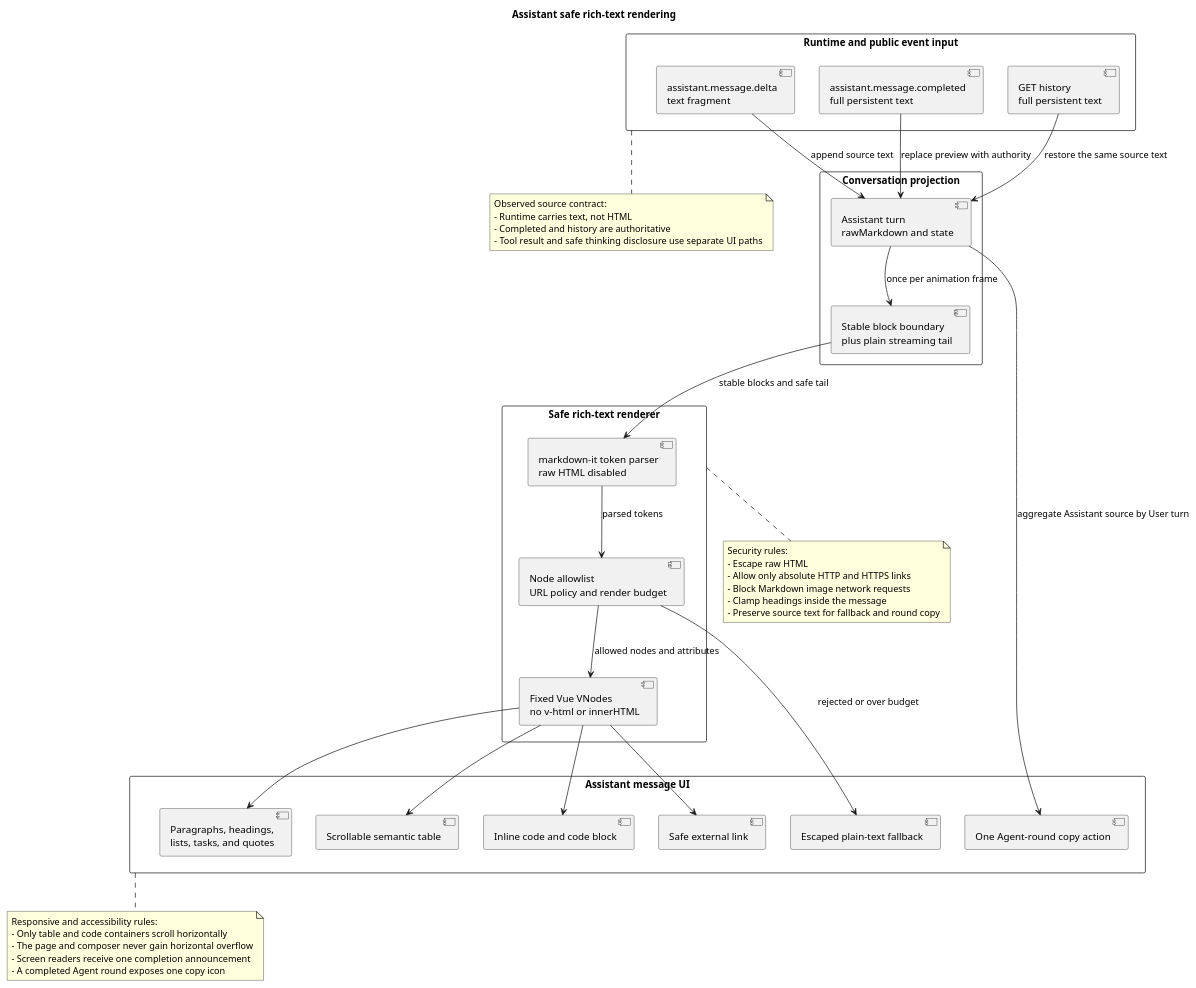
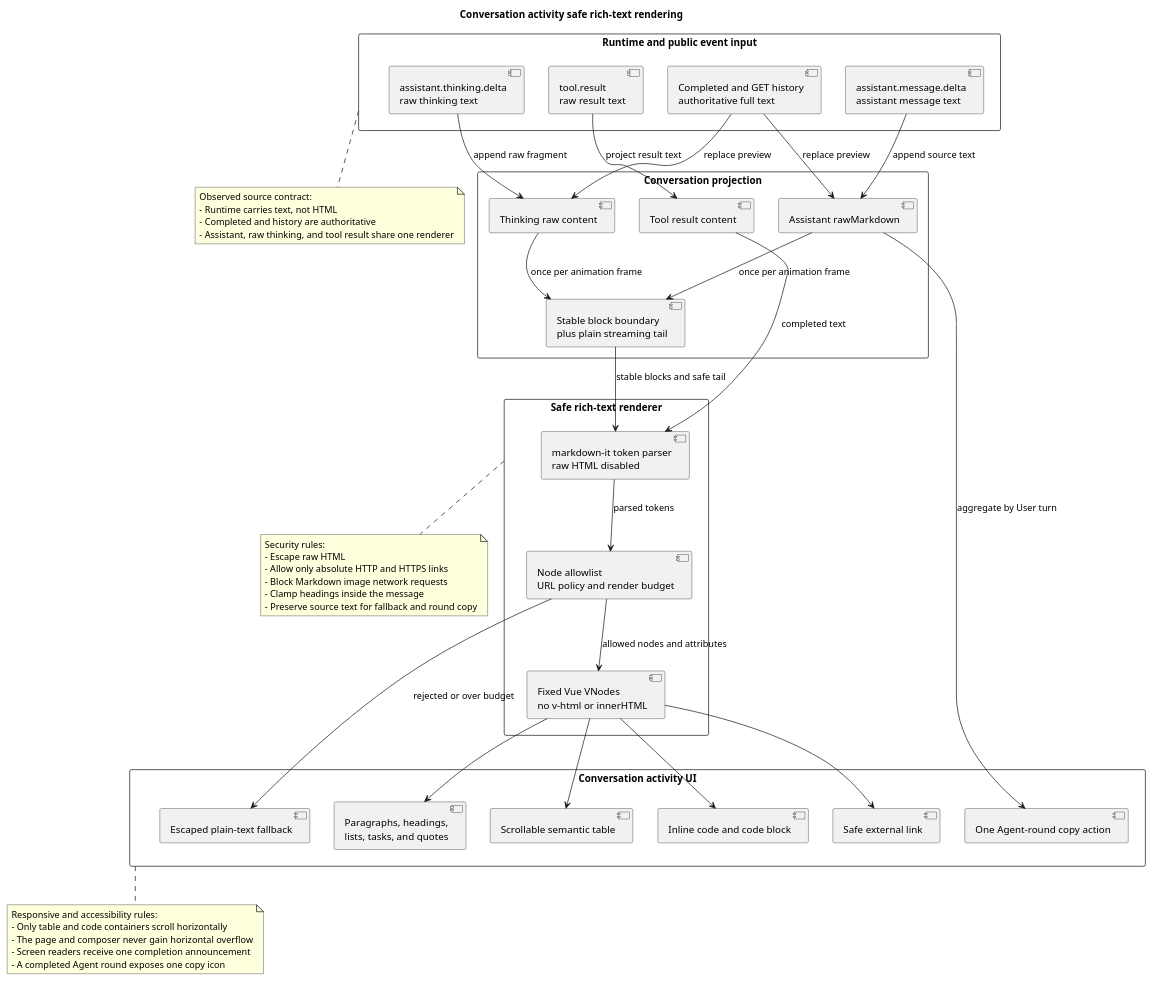
Before and after one commit to 2862282695gjh-afk/pi-mono-java: the second of 3 diagrams in docs/designs/campusclaw-frontend/diagram.puml, drawn with PlantUML. The commit also changed other lines of this file and 27 other files, not shown here.

```diff
--- a/docs/designs/campusclaw-frontend/diagram.puml
+++ b/docs/designs/campusclaw-frontend/diagram.puml
@@ -70,81 +70,88 @@
 @startuml assistant_rich_text_rendering
-' Analyzed source baseline: origin/main 1813c601101660a401e5e2004c5c00b8e3d7b75b.
+' Analyzed source baseline: PR 179 commit 8c5f3462d745ec0c5146d55dcb62108ac2a33282.
 ' Baseline evidence: frontend/src/components/ConversationTimeline.vue lines 37-49 used plain text interpolation.
 ' Baseline evidence: frontend/src/projectors/runtimeEventProjector.ts projectAssistantEvent preserved delta and completed text.
-' Implemented source: frontend/src/markdown/richText.ts (parseAssistantMarkdown, safeExternalLink, splitStableMarkdown).
-' Implemented source: frontend/src/components/AssistantRichText.ts (AssistantRichText, renderNode, renderCodeBlock).
+' Implemented source: frontend/src/markdown/richText.ts (parseSafeMarkdown, safeExternalLink, splitStableMarkdown).
+' Implemented source: frontend/src/components/SafeRichText.ts (SafeRichText, renderNode, renderCodeBlock).
 ' Implemented source: frontend/src/projectors/conversationRounds.ts (groupConversationTurns) and frontend/src/components/AgentRound.vue.
-' Implemented source: frontend/src/components/ConversationTimeline.vue and frontend/src/style.css assistant-rich-text and round-action rules.
-' Observed behavior: Runtime transports text rather than HTML, and completed events plus history are authoritative.
-' Architecture change: the Assistant turn now keeps rawMarkdown and all preview, completion, and history paths use one renderer.
+' Implemented source: frontend/src/components/ThinkingDisclosure.vue, ToolActivity.vue, ConversationTimeline.vue, and frontend/src/style.css safe-rich-text and round-action rules.
+' Observed behavior: Runtime transports Assistant, thinking, and tool-result text rather than HTML, and completed events plus history are authoritative.
+' Architecture change: Assistant, thinking, and tool-result text use one safe renderer; thinking delta is replaced by completed authoritative content.
 ' Security hardening: raw HTML, remote Markdown images, relative routes, credential-bearing URLs, and dangerous schemes never become active DOM.
 ' Architecture change: copy actions are owned by an Agent round rather than an Assistant Entry or code block.
-' Design reason: a controlled token-to-Vue projection makes model tables, lists, and code readable without trusting generated HTML, while one round action avoids repeated controls.
+' Design reason: a controlled token-to-Vue projection makes all conversation activity readable without trusting generated HTML, while one round action avoids repeated controls.
 
-title Assistant safe rich-text rendering
+title Conversation activity safe rich-text rendering
 top to bottom direction
 
 rectangle "Runtime and public event input" as Input {
-  component "assistant.message.delta\ntext fragment" as Delta
-  component "assistant.message.completed\nfull persistent text" as Completed
-  component "GET history\nfull persistent text" as History
+  component "assistant.message.delta\nassistant message text" as AssistantDelta
+  component "assistant.thinking.delta\nraw thinking text" as ThinkingDelta
+  component "tool.result\nraw result text" as ToolResult
+  component "Completed and GET history\nauthoritative full text" as Completed
 }
 
 rectangle "Conversation projection" as Projection {
-  component "Assistant turn\nrawMarkdown and state" as Raw
+  component "Assistant rawMarkdown" as AssistantRaw
+  component "Thinking raw content" as ThinkingRaw
+  component "Tool result content" as ToolRaw
   component "Stable block boundary\nplus plain streaming tail" as Stable
 }
 
 rectangle "Safe rich-text renderer" as Renderer {
   component "markdown-it token parser\nraw HTML disabled" as Parser
   component "Node allowlist\nURL policy and render budget" as Policy
   component "Fixed Vue VNodes\nno v-html or innerHTML" as Vue
 }
 
-rectangle "Assistant message UI" as UI {
+rectangle "Conversation activity UI" as UI {
   component "Paragraphs, headings,\nlists, tasks, and quotes" as Prose
   component "Scrollable semantic table" as Table
   component "Inline code and code block" as Code
   component "Safe external link" as Link
   component "Escaped plain-text fallback" as Fallback
   component "One Agent-round copy action" as RoundCopy
 }
 
-Delta --> Raw : append source text
-Completed --> Raw : replace preview with authority
-History --> Raw : restore the same source text
-Raw --> Stable : once per animation frame
+AssistantDelta --> AssistantRaw : append source text
+ThinkingDelta --> ThinkingRaw : append raw fragment
+ToolResult --> ToolRaw : project result text
+Completed --> AssistantRaw : replace preview
+Completed --> ThinkingRaw : replace preview
+AssistantRaw --> Stable : once per animation frame
+ThinkingRaw --> Stable : once per animation frame
+ToolRaw --> Parser : completed text
 Stable --> Parser : stable blocks and safe tail
 Parser --> Policy : parsed tokens
 Policy --> Vue : allowed nodes and attributes
 Policy --> Fallback : rejected or over budget
 Vue --> Prose
 Vue --> Table
 Vue --> Code
 Vue --> Link
-Raw --> RoundCopy : aggregate Assistant source by User turn
+AssistantRaw --> RoundCopy : aggregate by User turn
 
 note bottom of Input
 Observed source contract:
 - Runtime carries text, not HTML
 - Completed and history are authoritative
-- Tool result and safe thinking disclosure use separate UI paths
+- Assistant, raw thinking, and tool result share one renderer
 end note
 
 note bottom of Renderer
 Security rules:
 - Escape raw HTML
 - Allow only absolute HTTP and HTTPS links
 - Block Markdown image network requests
 - Clamp headings inside the message
 - Preserve source text for fallback and round copy
 end note
 
 note bottom of UI
 Responsive and accessibility rules:
 - Only table and code containers scroll horizontally
 - The page and composer never gain horizontal overflow
 - Screen readers receive one completion announcement
 - A completed Agent round exposes one copy icon
 end note
 @enduml
```
